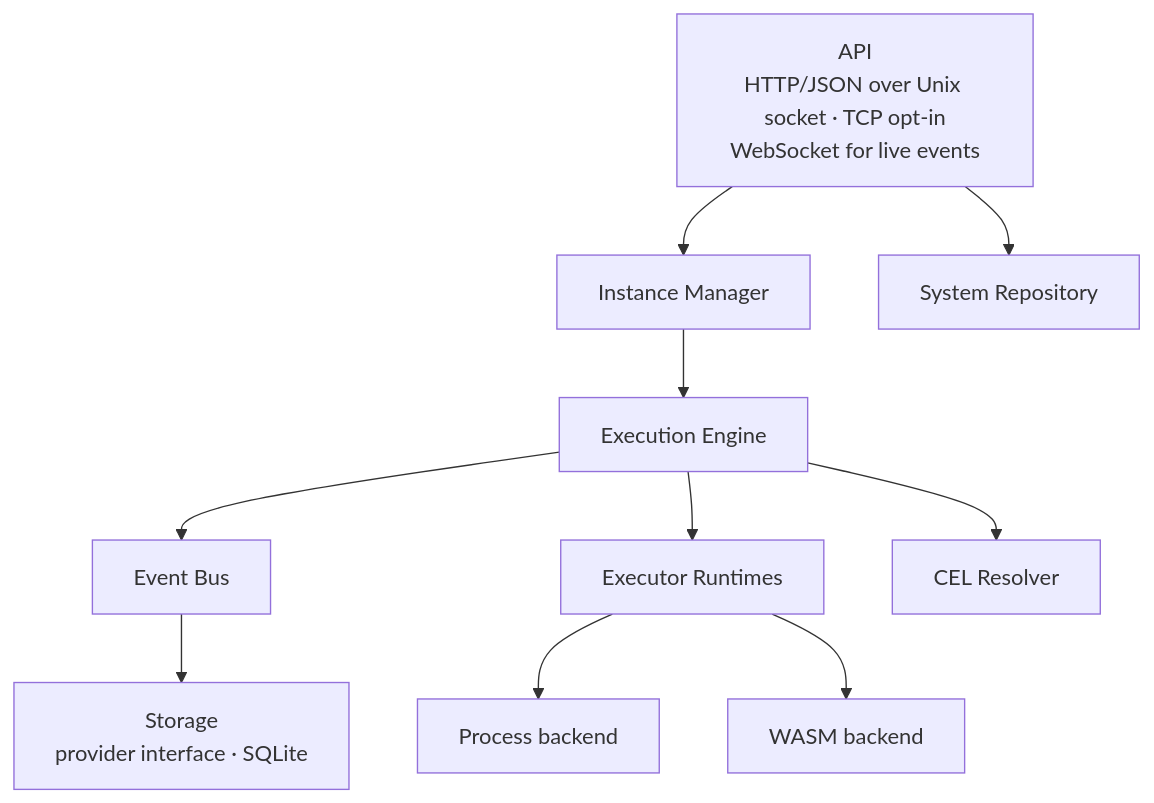
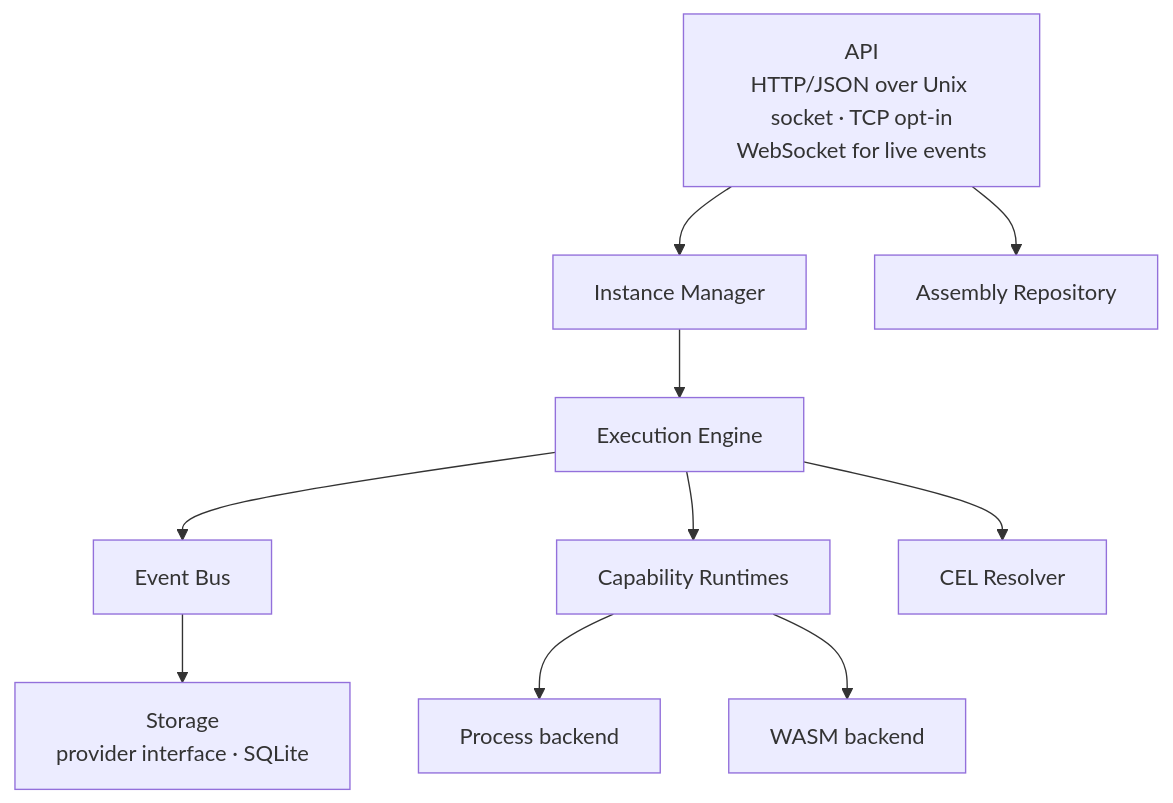
The fifth of 7 diagrams in docs/ARCHITECTURE.md (neuron-runtime/neuron), drawn with Mermaid before and after one commit. The commit also changed other lines of this file and 119 other files, not shown here.

````diff
--- a/docs/ARCHITECTURE.md
+++ b/docs/ARCHITECTURE.md
@@ -285,12 +285,12 @@
 ```mermaid
 flowchart TB
     API[API<br/>HTTP/JSON over Unix socket · TCP opt-in<br/>WebSocket for live events] --> IM[Instance Manager]
-    API --> SR[System Repository]
+    API --> SR[Assembly Repository]
     IM --> EE[Execution Engine]
     EE --> EB[Event Bus]
-    EE --> ER[Executor Runtimes]
+    EE --> ER[Capability Runtimes]
     EB --> ST[Storage<br/>provider interface · SQLite]
     EE --> RE[CEL Resolver]
     ER --> PROC[Process backend]
     ER --> WASM[WASM backend]
 ```
````
